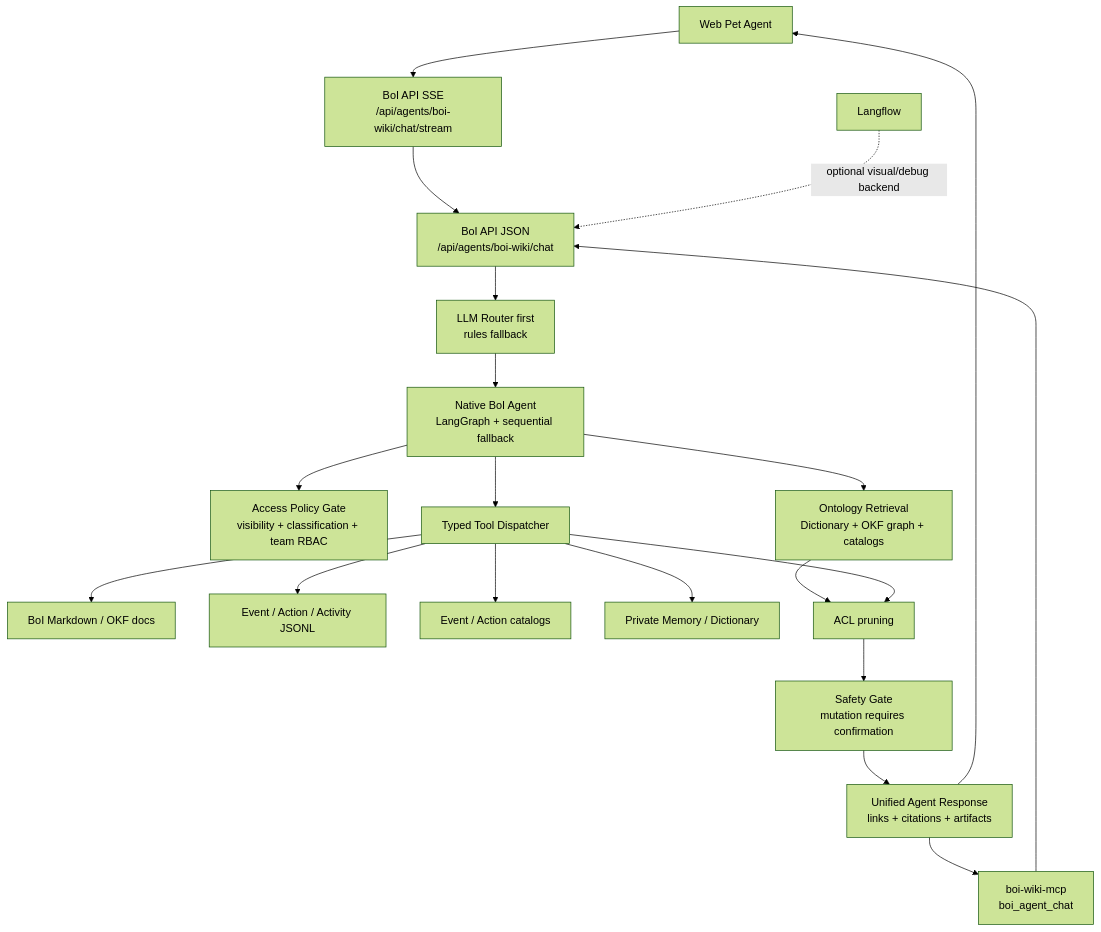
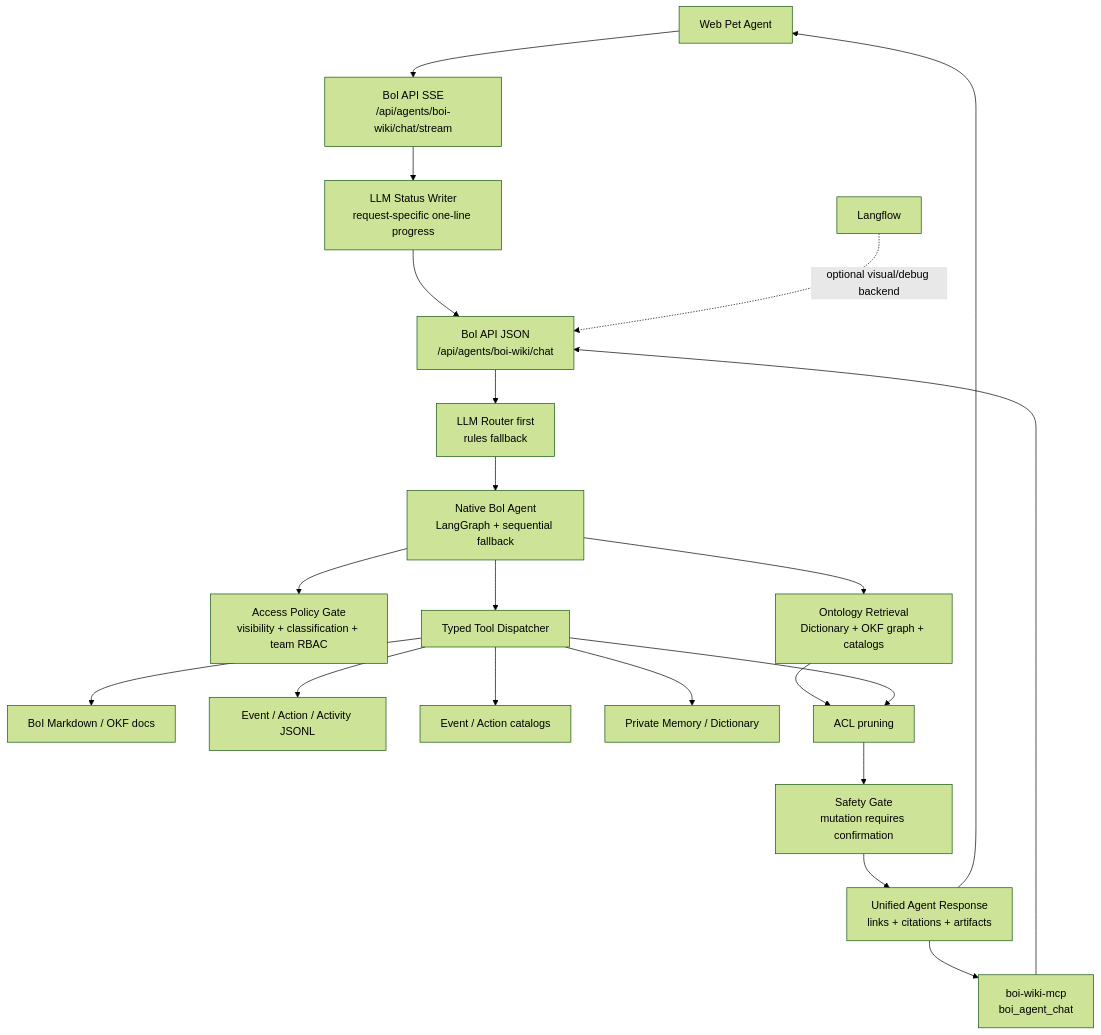
The first of 2 diagrams in data/boi/public/boi-wiki-manual/agent/native-boi-agent-architecture.md (chokukil/boi-wiki), drawn with Mermaid (forest theme) before and after one commit. The commit also changed other lines of this file and 6 other files, not shown here.

Commit message:
Require LLM-generated BoI Agent stream status

````diff
--- a/data/boi/public/boi-wiki-manual/agent/native-boi-agent-architecture.md
+++ b/data/boi/public/boi-wiki-manual/agent/native-boi-agent-architecture.md
@@ -36,22 +36,23 @@
 ```mermaid
 flowchart TD
   UI["Web Pet Agent"] --> STREAM["BoI API SSE<br/>/api/agents/boi-wiki/chat/stream"]
   MCP["boi-wiki-mcp<br/>boi_agent_chat"] --> API
-  STREAM --> API["BoI API JSON<br/>/api/agents/boi-wiki/chat"]
+  STREAM --> STATUS["LLM Status Writer<br/>request-specific one-line progress"]
+  STATUS --> API["BoI API JSON<br/>/api/agents/boi-wiki/chat"]
   API --> ROUTER["LLM Router first<br/>rules fallback"]
   ROUTER --> AGENT["Native BoI Agent<br/>LangGraph + sequential fallback"]
   AGENT --> ACL["Access Policy Gate<br/>visibility + classification + team RBAC"]
   AGENT --> RET["Ontology Retrieval<br/>Dictionary + OKF graph + catalogs"]
   AGENT --> TOOLS["Typed Tool Dispatcher"]
   TOOLS --> DOCS["BoI Markdown / OKF docs"]
   TOOLS --> LOGS["Event / Action / Activity JSONL"]
   TOOLS --> CAT["Event / Action catalogs"]
   TOOLS --> MEM["Private Memory / Dictionary"]
   RET --> ACL2["ACL pruning"]
   TOOLS --> ACL2
   ACL2 --> SAFE["Safety Gate<br/>mutation requires confirmation"]
   SAFE --> OUT["Unified Agent Response<br/>links + citations + artifacts"]
   OUT --> UI
   OUT --> MCP
   LF["Langflow"] -. "optional visual/debug backend" .-> API
 ```
````
